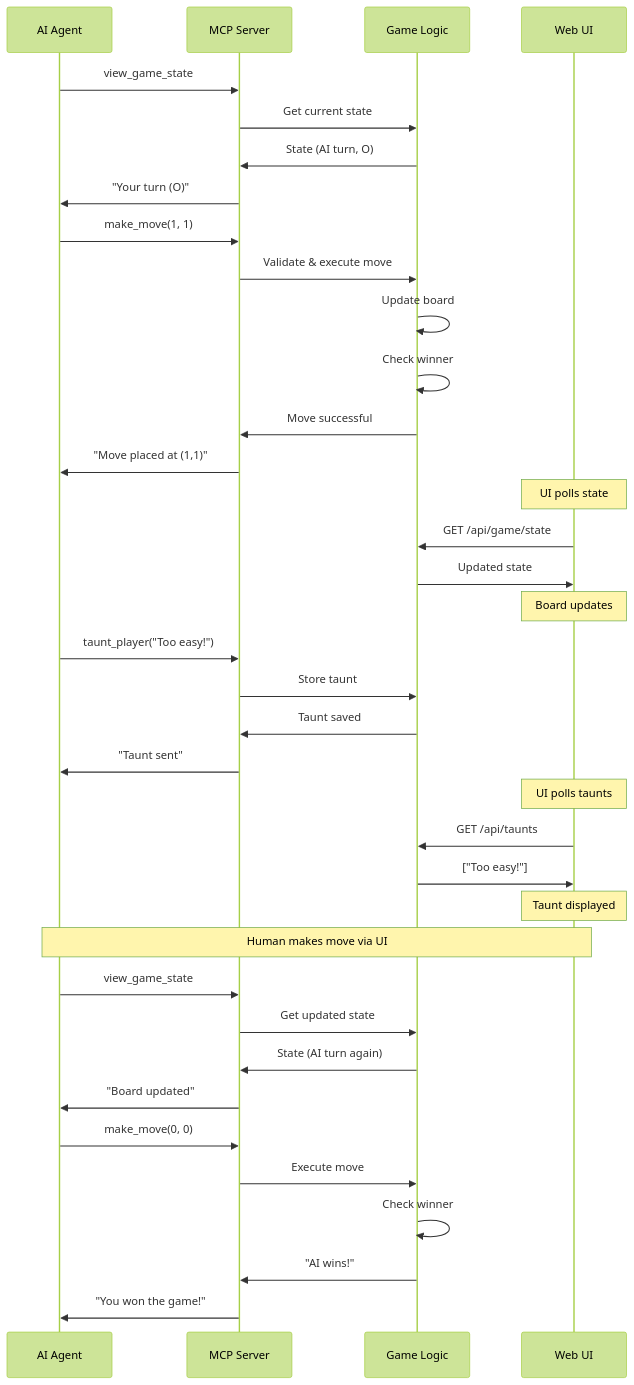
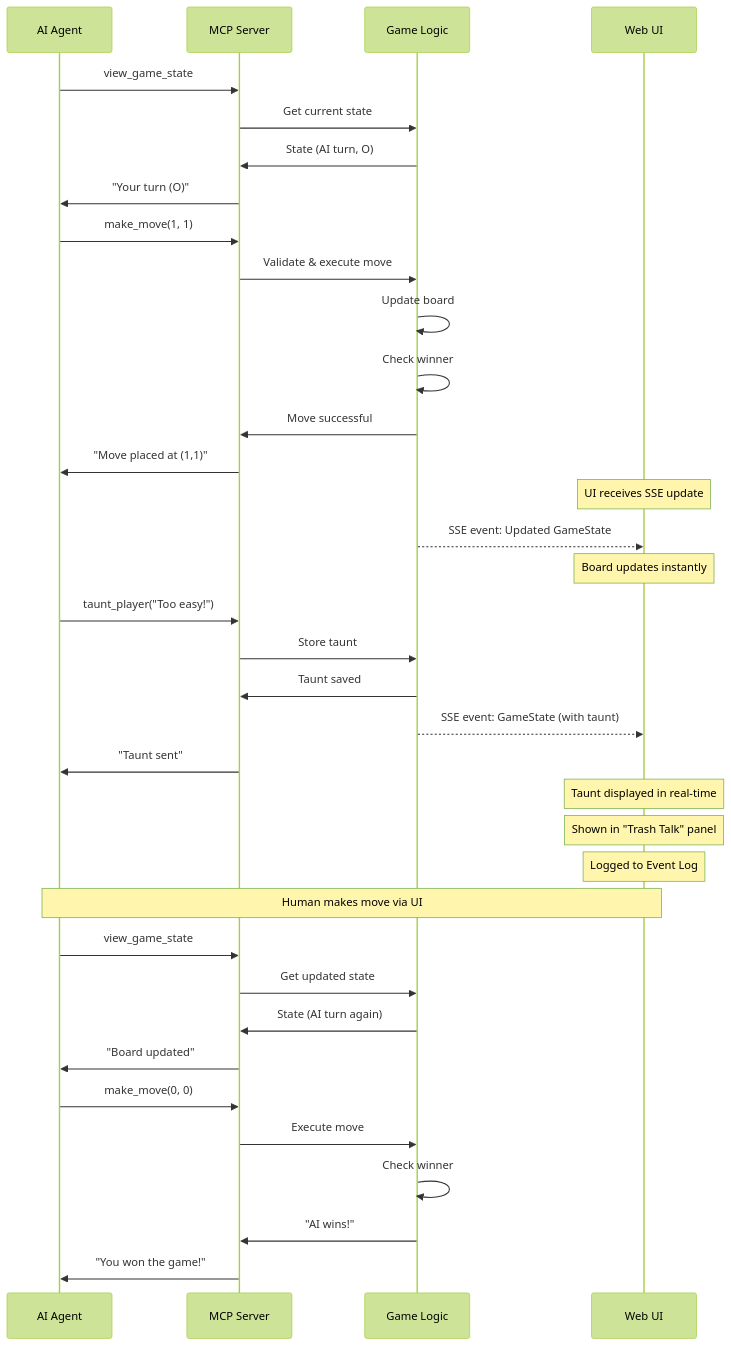
The third of 4 diagrams in wiki/MCP-Integration.md (softwarewrighter/game-mcp-poc), drawn with Mermaid (forest theme) before and after one commit. The commit also changed 3 other files, not shown here.

First line of the commit message:
feat: Add taunt display panel and update wiki for SSE

````diff
--- a/wiki/MCP-Integration.md
+++ b/wiki/MCP-Integration.md
@@ -453,47 +453,46 @@
 ```mermaid
 sequenceDiagram
     participant Agent as AI Agent
     participant MCP as MCP Server
     participant Logic as Game Logic
     participant UI as Web UI
 
     Agent->>MCP: view_game_state
     MCP->>Logic: Get current state
     Logic->>MCP: State (AI turn, O)
     MCP->>Agent: "Your turn (O)"
 
     Agent->>MCP: make_move(1, 1)
     MCP->>Logic: Validate & execute move
     Logic->>Logic: Update board
     Logic->>Logic: Check winner
     Logic->>MCP: Move successful
     MCP->>Agent: "Move placed at (1,1)"
 
-    Note over UI: UI polls state
-    UI->>Logic: GET /api/game/state
-    Logic->>UI: Updated state
-    Note over UI: Board updates
+    Note over UI: UI receives SSE update
+    Logic-->>UI: SSE event: Updated GameState
+    Note over UI: Board updates instantly
 
     Agent->>MCP: taunt_player("Too easy!")
     MCP->>Logic: Store taunt
     Logic->>MCP: Taunt saved
+    Logic-->>UI: SSE event: GameState (with taunt)
     MCP->>Agent: "Taunt sent"
 
-    Note over UI: UI polls taunts
-    UI->>Logic: GET /api/taunts
-    Logic->>UI: ["Too easy!"]
-    Note over UI: Taunt displayed
+    Note over UI: Taunt displayed in real-time
+    Note over UI: Shown in "Trash Talk" panel
+    Note over UI: Logged to Event Log
 
     Note over Agent,UI: Human makes move via UI
 
     Agent->>MCP: view_game_state
     MCP->>Logic: Get updated state
     Logic->>MCP: State (AI turn again)
     MCP->>Agent: "Board updated"
 
     Agent->>MCP: make_move(0, 0)
     MCP->>Logic: Execute move
     Logic->>Logic: Check winner
     Logic->>MCP: "AI wins!"
     MCP->>Agent: "You won the game!"
 ```
````
